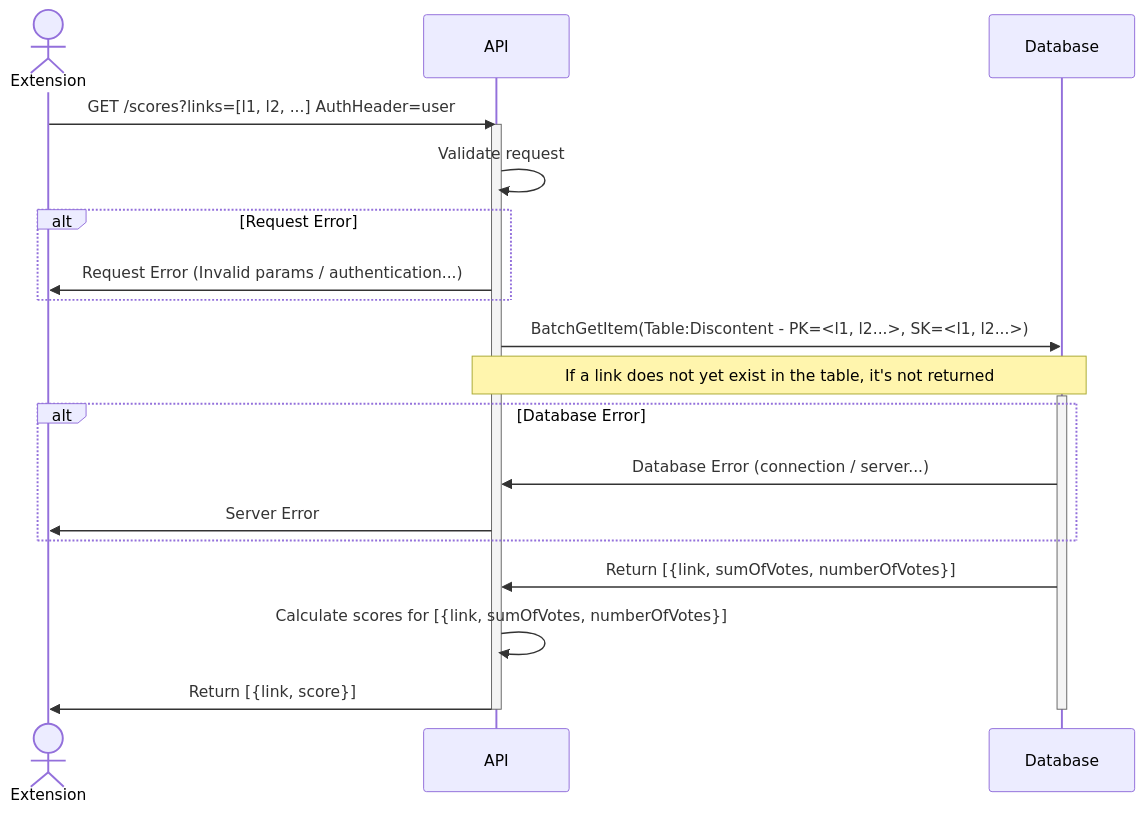
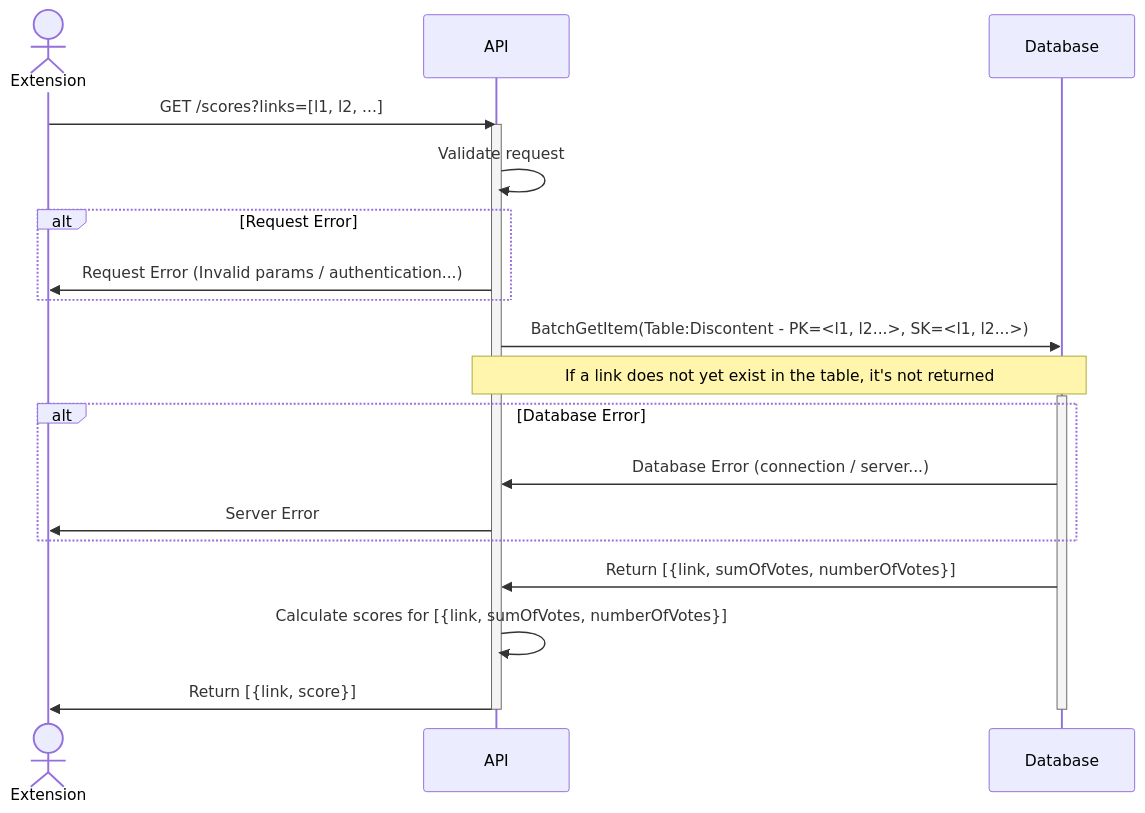
The second of 3 diagrams in docs/architecture.md (tom-barone/discontent), drawn with Mermaid before and after one commit. The commit also changed other lines of this file and 2 other files, not shown here.

Commit message:
Update architecture & DB data model

````diff
--- a/docs/architecture.md
+++ b/docs/architecture.md
@@ -97,24 +104,24 @@
 ```mermaid
 sequenceDiagram
     actor Extension
     participant API
     participant Database
-    Extension->>API: GET /scores?links=[l1, l2, ...] AuthHeader=user
+    Extension->>API: GET /scores?links=[l1, l2, ...]
 		activate API
 		API->>API: Validate request
     alt Request Error
         API->>Extension: Request Error (Invalid params / authentication...)
     end
 		API->>Database: BatchGetItem(Table:Discontent - PK=<l1, l2...>, SK=<l1, l2...>)
 		Note over API,Database: If a link does not yet exist in the table, it's not returned
 		activate Database
     alt Database Error
         Database->>API: Database Error (connection / server...)
         API->>Extension: Server Error
     end
 		Database->>API: Return [{link, sumOfVotes, numberOfVotes}]
 		API->>API: Calculate scores for [{link, sumOfVotes, numberOfVotes}]
 		API->>Extension: Return [{link, score}]
     deactivate Database
     deactivate API
 ```
````
